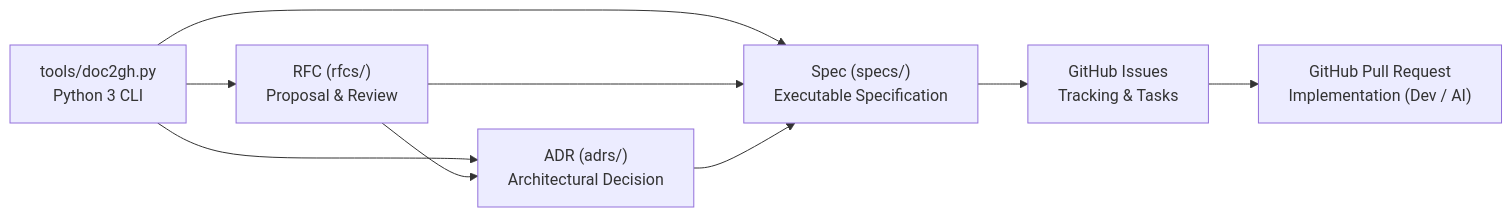
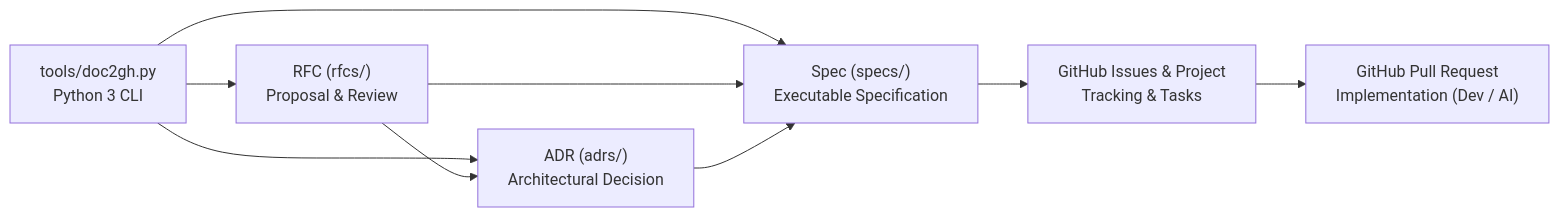
One commit to sjgarani/project-doc-gh changed the diagram in README.md. Above: the diagram before and after it, drawn with Mermaid. The commit also changed other lines of this file and 10 other files, not shown here.

Commit message:
feat: implement SPEC-0001 end-to-end GitHub init bootstrap and sync

````diff
--- a/README.md
+++ b/README.md
@@ -55,11 +55,11 @@
 ```mermaid
 flowchart LR
     CLI["tools/doc2gh.py<br/>Python 3 CLI"] --> RFC["RFC (rfcs/)<br/>Proposal & Review"]
     CLI --> ADR["ADR (adrs/)<br/>Architectural Decision"]
     CLI --> SPEC["Spec (specs/)<br/>Executable Specification"]
     RFC --> ADR
     RFC --> SPEC
     ADR --> SPEC
-    SPEC --> ISSUE["GitHub Issues<br/>Tracking & Tasks"]
+    SPEC --> ISSUE["GitHub Issues & Project<br/>Tracking & Tasks"]
     ISSUE --> PR["GitHub Pull Request<br/>Implementation (Dev / AI)"]
 ```
````
